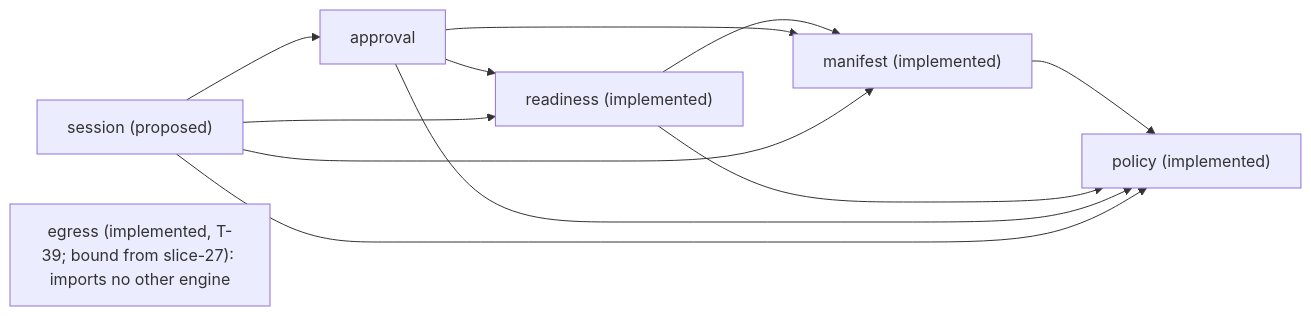
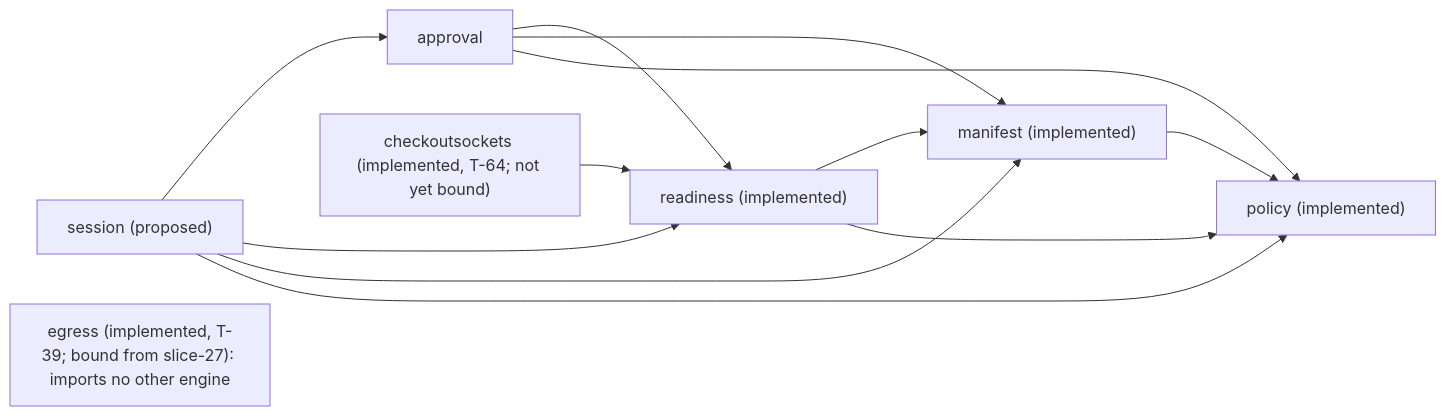
Before and after one commit to donvargax/itos-container: the second of 2 diagrams in docs/architecture/arc42.md, drawn with Mermaid. The commit also changed other lines of this file, not shown here.

Commit message:
docs: add the checkout socket detector to arc42's building blocks
The building-block view listed every engine but the new checkoutsockets one, so
the architecture document described less than the code. The row records the
domain's selection rule (Landlock at ABI 9 or later, else a path-based runsc
registration, else neither), the typed outcomes in the port, the porttest fakes
and contracts, the native syscall adapter and the docker adapter's dependence on
the readiness engine. It states that no command binds the detector yet: slice-42,
slice-43 and slice-44 do. The dependency diagram gains the edge to readiness.

````diff
--- a/docs/architecture/arc42.md
+++ b/docs/architecture/arc42.md
@@ -335,14 +336,15 @@
 ```mermaid
 flowchart LR
     manifest["manifest (implemented)"] --> policy["policy (implemented)"]
     readiness["readiness (implemented)"] --> policy
     readiness --> manifest
     approval["approval"] --> policy
     approval --> manifest
     approval --> readiness
     session["session (proposed)"] --> policy
     session --> manifest
     session --> readiness
     session --> approval
     egress["egress (implemented, T-39; bound from slice-27): imports no other engine"]
+    checkoutsockets["checkoutsockets (implemented, T-64; not yet bound)"] --> readiness
 ```
````
